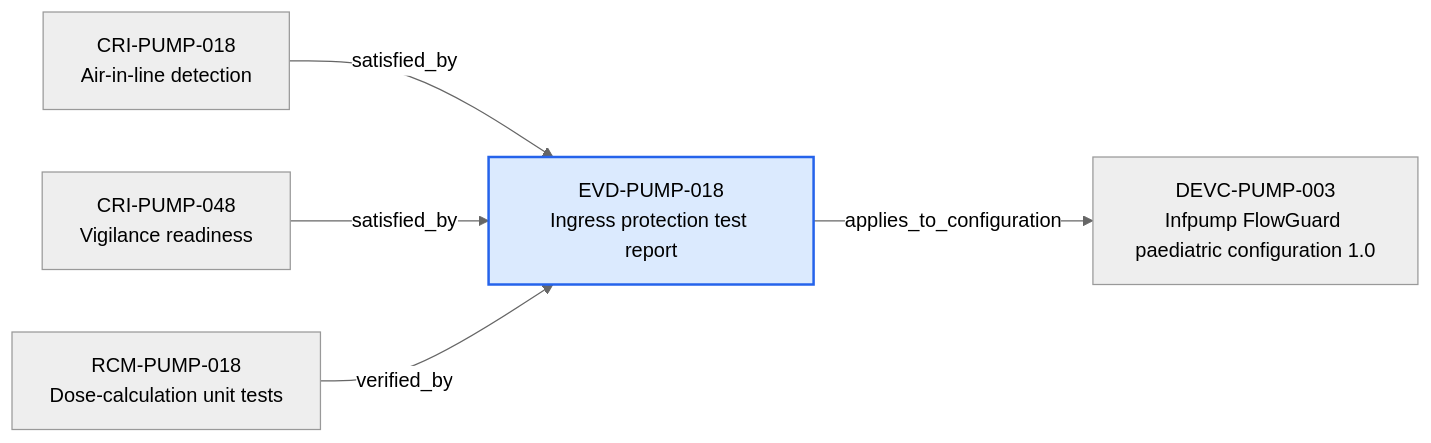
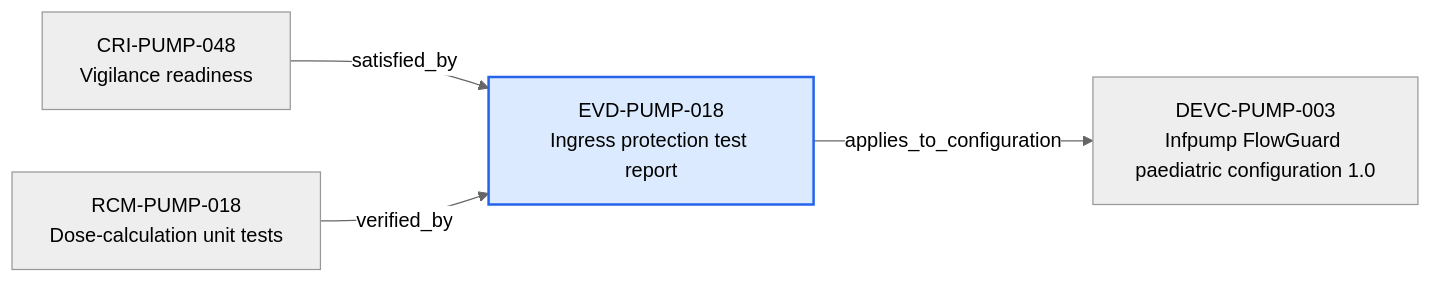
Before and after one commit to mvattulainen/mdrontology: the diagram in content/06-Infpump FlowGuard ontology notes/verification-evidence/EVD-PUMP-018-ingress-protection-test-report.md, drawn with Mermaid (neutral theme). The commit also changed other lines of this file and 321 other files, not shown here.

Commit message:
Implement Mermaid ontology audit findings

````diff
--- a/content/06-Infpump FlowGuard ontology notes/verification-evidence/EVD-PUMP-018-ingress-protection-test-report.md
+++ b/content/06-Infpump FlowGuard ontology notes/verification-evidence/EVD-PUMP-018-ingress-protection-test-report.md
@@ -73,14 +73,12 @@
 ```mermaid
 flowchart LR
   CURRENT["EVD-PUMP-018<br/>Ingress protection test report"]
-  PREV0["CRI-PUMP-018<br/>Air-in-line detection"]
+  PREV0["CRI-PUMP-048<br/>Vigilance readiness"]
   PREV0 -->|"satisfied_by"| CURRENT
-  PREV1["CRI-PUMP-048<br/>Vigilance readiness"]
-  PREV1 -->|"satisfied_by"| CURRENT
-  PREV2["RCM-PUMP-018<br/>Dose-calculation unit tests"]
-  PREV2 -->|"verified_by"| CURRENT
+  PREV1["RCM-PUMP-018<br/>Dose-calculation unit tests"]
+  PREV1 -->|"verified_by"| CURRENT
   NEXT0["DEVC-PUMP-003<br/>Infpump FlowGuard paediatric configuration 1.0"]
   CURRENT -->|"applies_to_configuration"| NEXT0
   classDef current fill:#dbeafe,stroke:#2563eb,stroke-width:2px
   class CURRENT current
 ```
````
